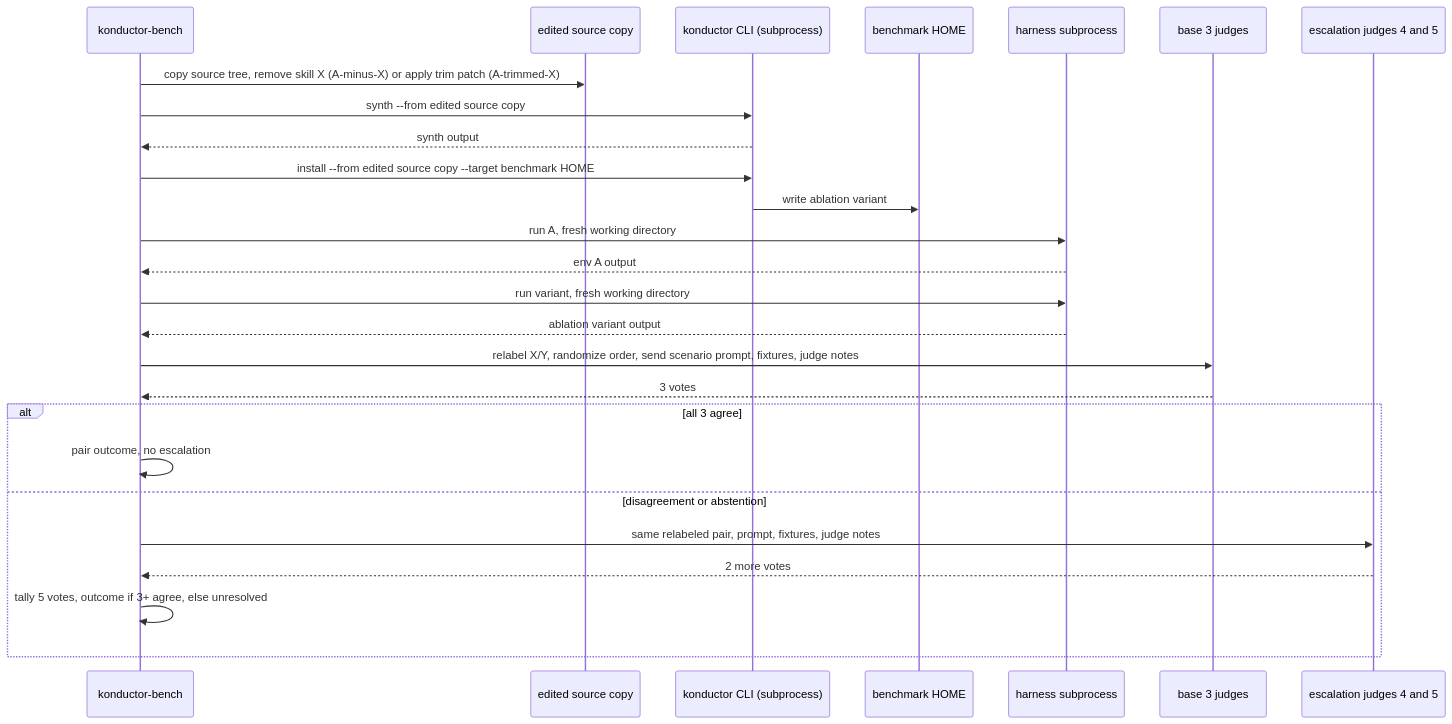
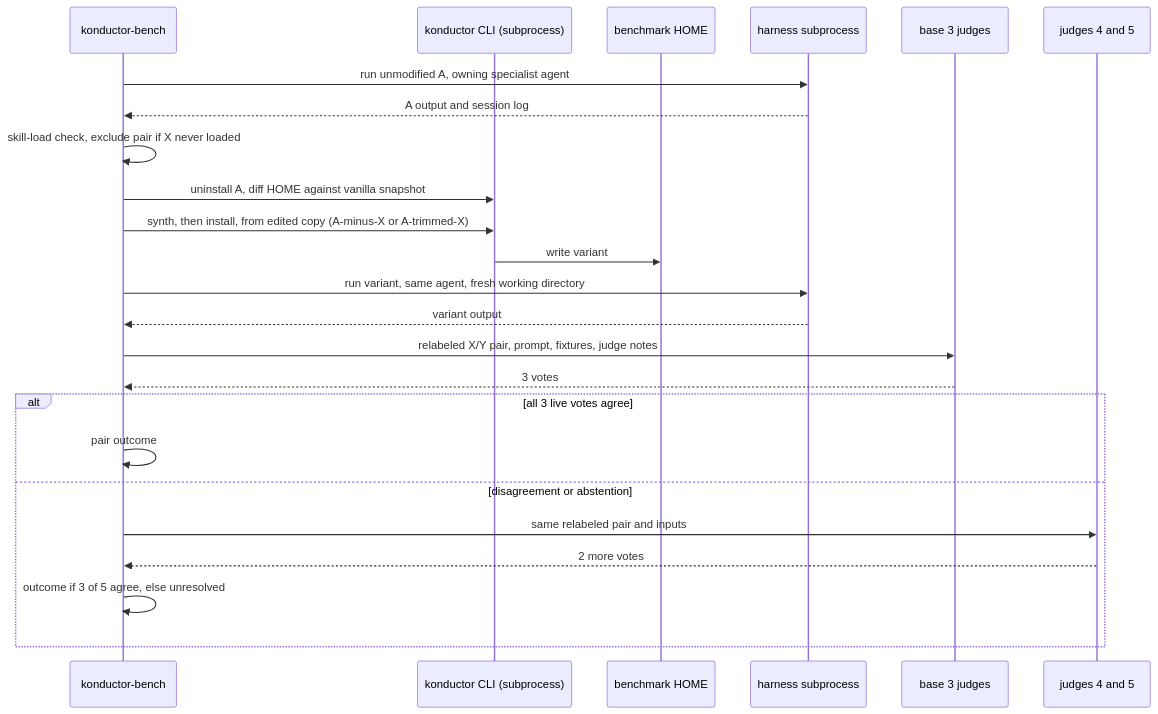
One commit to aws-solutions/konductor changed the fourth of 4 diagrams in .konductor/designs/benchmarking/design.md. Above: the diagram before and after it, drawn with Mermaid. The commit also changed other lines of this file, not shown here.

````diff
--- a/.konductor/designs/benchmarking/design.md
+++ b/.konductor/designs/benchmarking/design.md
@@ -276,34 +242,27 @@
 ```mermaid
 sequenceDiagram
     participant Bench as konductor-bench
-    participant Src as edited source copy
     participant Konductor as konductor CLI (subprocess)
     participant Home as benchmark HOME
     participant Sub as harness subprocess
     participant J3 as base 3 judges
-    participant J5 as escalation judges 4 and 5
+    participant J5 as judges 4 and 5
 
-    Bench->>Src: copy source tree, remove skill X (A-minus-X) or apply trim patch (A-trimmed-X)
-    Bench->>Konductor: synth --from edited source copy
-    Konductor-->>Bench: synth output
-
-    Bench->>Konductor: install --from edited source copy --target benchmark HOME
-    Konductor->>Home: write ablation variant
-
-    Bench->>Sub: run A, fresh working directory
-    Sub-->>Bench: env A output
-
-    Bench->>Sub: run variant, fresh working directory
-    Sub-->>Bench: ablation variant output
-
-    Bench->>J3: relabel X/Y, randomize order, send scenario prompt, fixtures, judge notes
+    Bench->>Sub: run unmodified A, owning specialist agent
+    Sub-->>Bench: A output and session log
+    Bench->>Bench: skill-load check, exclude pair if X never loaded
+    Bench->>Konductor: uninstall A, diff HOME against vanilla snapshot
+    Bench->>Konductor: synth, then install, from edited copy (A-minus-X or A-trimmed-X)
+    Konductor->>Home: write variant
+    Bench->>Sub: run variant, same agent, fresh working directory
+    Sub-->>Bench: variant output
+    Bench->>J3: relabeled X/Y pair, prompt, fixtures, judge notes
     J3-->>Bench: 3 votes
-
-    alt all 3 agree
-        Bench->>Bench: pair outcome, no escalation
+    alt all 3 live votes agree
+        Bench->>Bench: pair outcome
     else disagreement or abstention
-        Bench->>J5: same relabeled pair, prompt, fixtures, judge notes
+        Bench->>J5: same relabeled pair and inputs
         J5-->>Bench: 2 more votes
-        Bench->>Bench: tally 5 votes, outcome if 3+ agree, else unresolved
+        Bench->>Bench: outcome if 3 of 5 agree, else unresolved
     end
 ```
````
